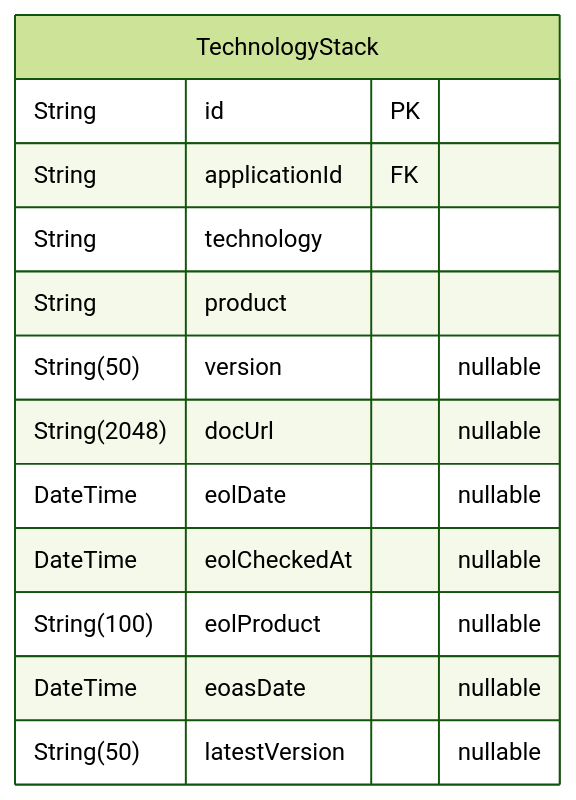
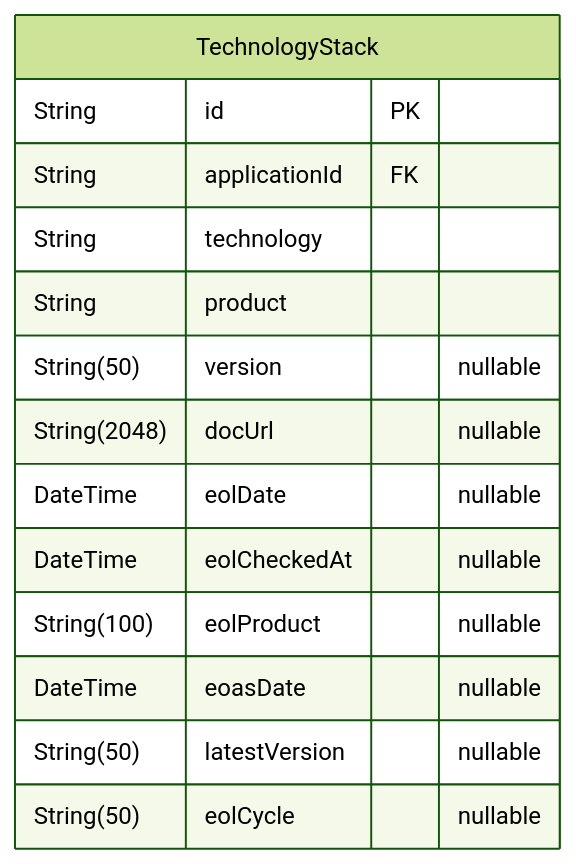
Before and after one commit to dnum-mi/referentiel-applications: diagram 14 of 15 in backend/prisma/docs/schema.md, drawn with Mermaid (forest theme). The commit also changed other lines of this file and 17 other files, not shown here.

````diff
--- a/backend/prisma/docs/schema.md
+++ b/backend/prisma/docs/schema.md
@@ -1299,16 +1299,17 @@
 ```mermaid
 erDiagram
 "TechnologyStack" {
   String id PK
   String applicationId FK
   String technology
   String product
   String(50) version "nullable"
   String(2048) docUrl "nullable"
   DateTime eolDate "nullable"
   DateTime eolCheckedAt "nullable"
   String(100) eolProduct "nullable"
   DateTime eoasDate "nullable"
   String(50) latestVersion "nullable"
+  String(50) eolCycle "nullable"
 }
 ```
````
